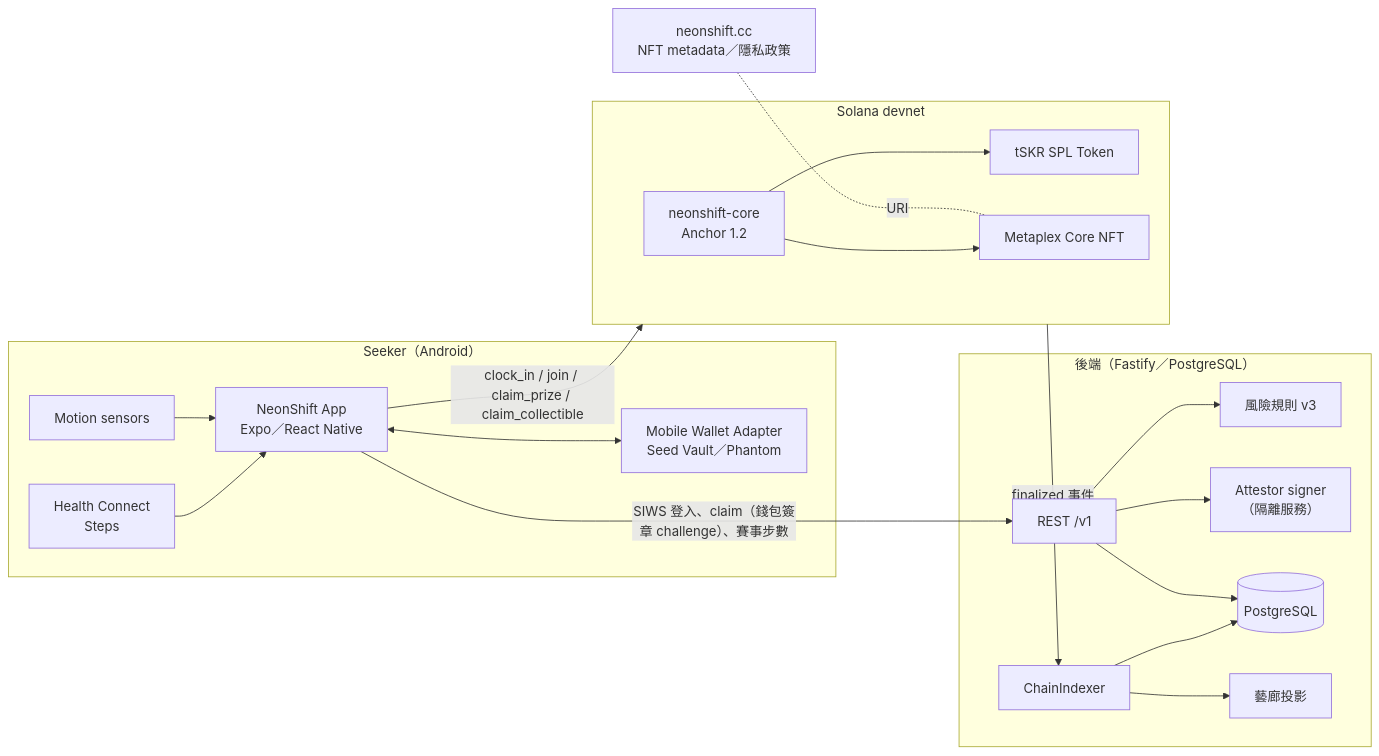
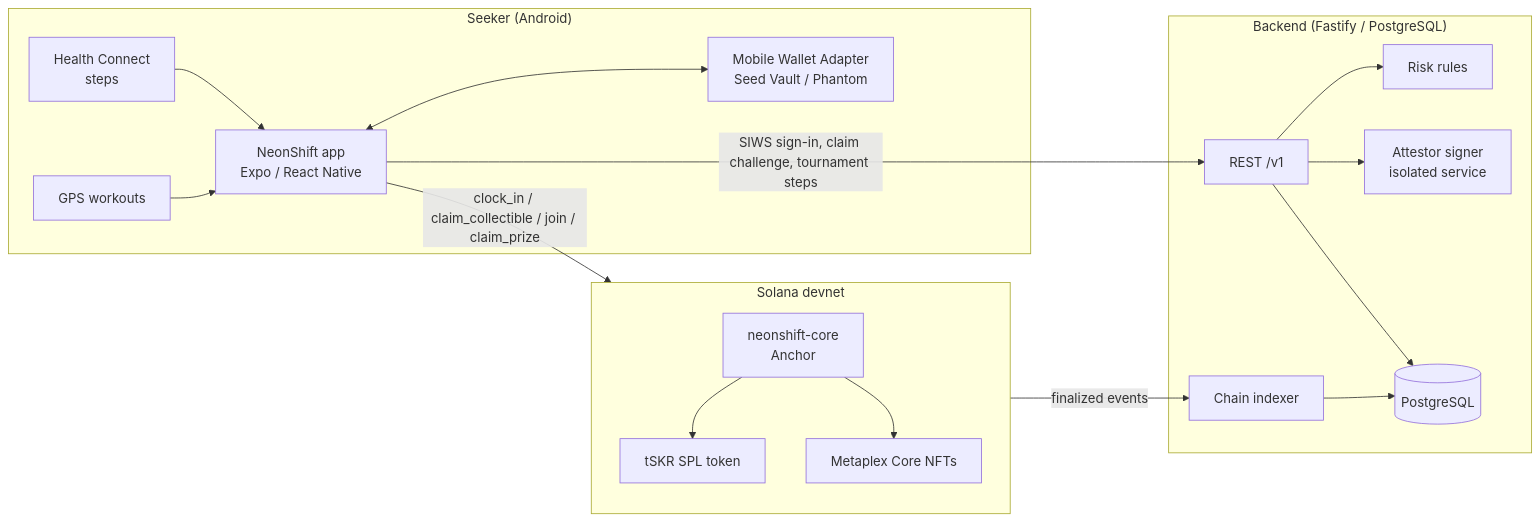
The diagram in README.md (stan0714/neonshift), drawn with Mermaid before and after one commit. The commit also changed other lines of this file and 1 other file, not shown here.

````diff
--- a/README.md
+++ b/README.md
@@ -13,23 +48,21 @@
 ```mermaid
 flowchart LR
-  subgraph Phone["Seeker（Android）"]
-    HC[Health Connect<br/>Steps] --> App
-    Sensors[Motion sensors] --> App
-    App[NeonShift App<br/>Expo／React Native] <--> MWA[Mobile Wallet Adapter<br/>Seed Vault／Phantom]
+  subgraph Phone["Seeker (Android)"]
+    HC[Health Connect<br/>steps] --> App
+    GPS[GPS workouts] --> App
+    App[NeonShift app<br/>Expo / React Native] <--> MWA[Mobile Wallet Adapter<br/>Seed Vault / Phantom]
   end
-  App -- "SIWS 登入、claim（錢包簽章 challenge）、賽事步數" --> API
-  subgraph Backend["後端（Fastify／PostgreSQL）"]
-    API[REST /v1] --> Risk[風險規則 v3]
-    API --> Signer[Attestor signer<br/>（隔離服務）]
-    IDX[ChainIndexer] --> DB[(PostgreSQL)]
+  App -- "SIWS sign-in, claim challenge, tournament steps" --> API
+  subgraph Backend["Backend (Fastify / PostgreSQL)"]
+    API[REST /v1] --> Risk[Risk rules]
+    API --> Signer[Attestor signer<br/>isolated service]
+    IDX[Chain indexer] --> DB[(PostgreSQL)]
     API --> DB
-    IDX --> Gallery[藝廊投影]
   end
-  App -- "clock_in / join / claim_prize / claim_collectible" --> Chain
+  App -- "clock_in / claim_collectible / join / claim_prize" --> Chain
   subgraph Chain["Solana devnet"]
-    Prog[neonshift-core<br/>Anchor 1.2] --> SPL[tSKR SPL Token]
-    Prog --> Core[Metaplex Core NFT]
+    Prog[neonshift-core<br/>Anchor] --> SPL[tSKR SPL token]
+    Prog --> Core[Metaplex Core NFTs]
   end
-  Chain -- "finalized 事件" --> IDX
-  Web[neonshift.cc<br/>NFT metadata／隱私政策] -. URI .- Core
+  Chain -- finalized events --> IDX
 ```
````
